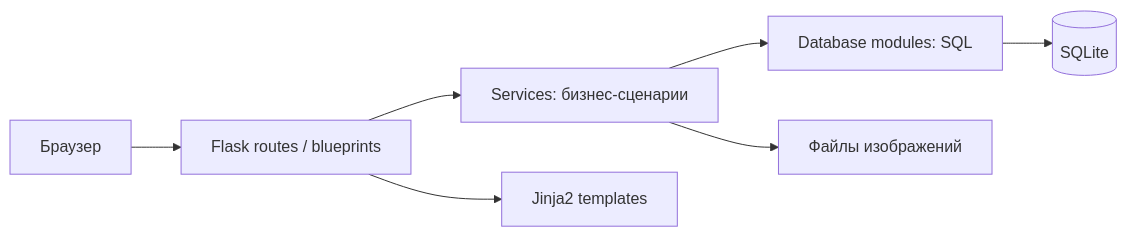
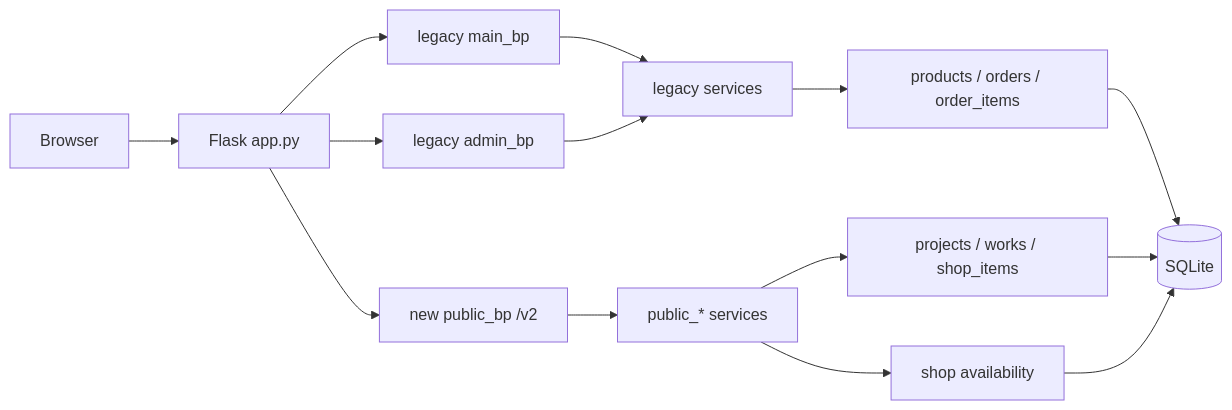
One commit to Chudnoy/Ceramic_shop_v2 changed the first of 2 diagrams in PROJECT_MAP.md. Above: the diagram before and after it, drawn with Mermaid. The commit also changed other lines of this file and 39 other files, not shown here.

````diff
--- a/PROJECT_MAP.md
+++ b/PROJECT_MAP.md
@@ -7,9 +9,19 @@
 ```mermaid
 flowchart LR
-    Browser[Браузер] --> Routes[Flask routes / blueprints]
-    Routes --> Services[Services: бизнес-сценарии]
-    Services --> DB[Database modules: SQL]
-    DB --> SQLite[(SQLite)]
-    Services --> Files[Файлы изображений]
-    Routes --> Templates[Jinja2 templates]
+    Browser --> App[Flask app.py]
+    App --> Main[legacy main_bp]
+    App --> Admin[legacy admin_bp]
+    App --> Public[new public_bp /v2]
+
+    Main --> LegacyServices[legacy services]
+    Admin --> LegacyServices
+    LegacyServices --> ProductDB[products / orders / order_items]
+
+    Public --> PublicServices[public_* services]
+    PublicServices --> TargetDB[projects / works / shop_items]
+    PublicServices --> Availability[shop availability]
+
+    ProductDB --> SQLite[(SQLite)]
+    TargetDB --> SQLite
+    Availability --> SQLite
 ```
````
